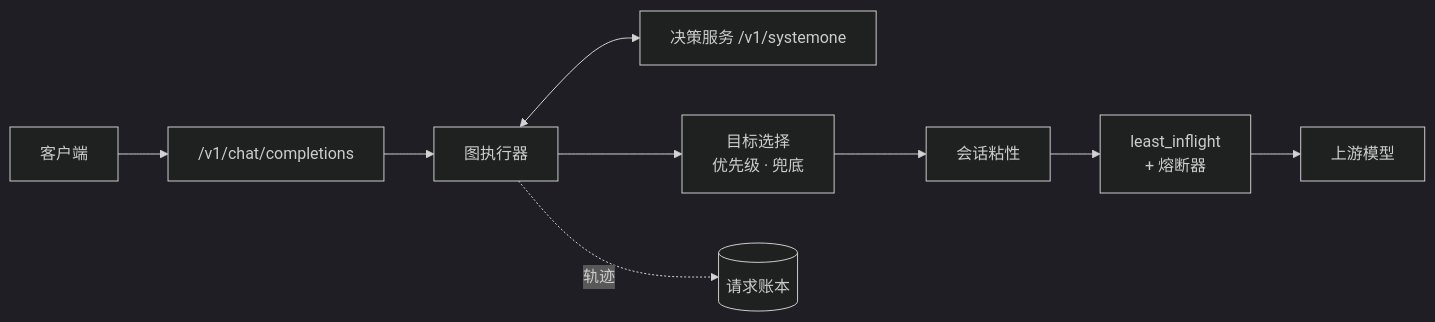
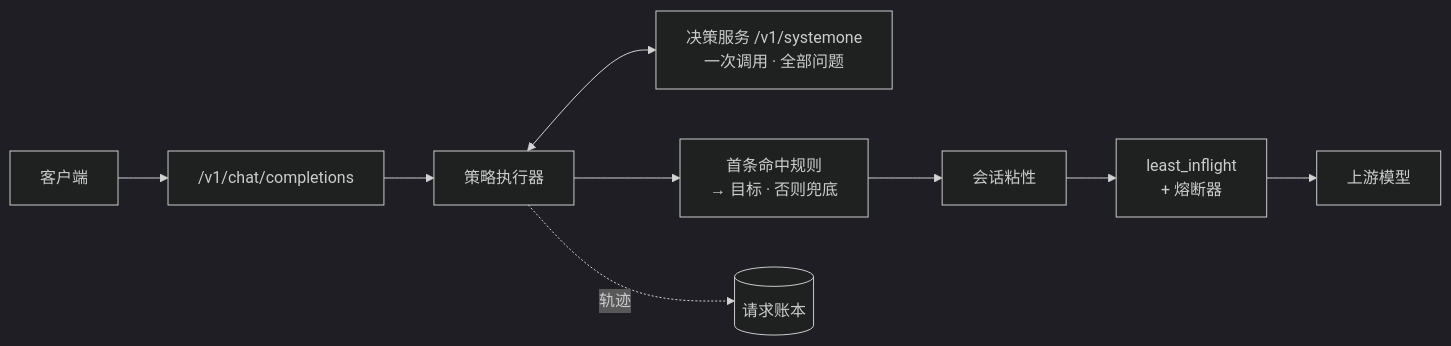
One commit to Wayfinder-one/RoutePilot changed the diagram in README.zh-CN.md. Above: the diagram before and after it, drawn with Mermaid (dark theme). The commit also changed other lines of this file and 62 other files, not shown here.

Commit message:
feat!: replace graph waves with routing policy v4

````diff
--- a/README.zh-CN.md
+++ b/README.zh-CN.md
@@ -26,11 +24,11 @@
 ```mermaid
 flowchart LR
   C[客户端] --> V["/v1/chat/completions"]
-  V --> G[图执行器]
-  G <--> J["决策服务 /v1/systemone"]
-  G --> T["目标选择<br/>优先级 · 兜底"]
+  V --> P[策略执行器]
+  P <--> J["决策服务 /v1/systemone<br/>一次调用 · 全部问题"]
+  P --> T["首条命中规则<br/>→ 目标 · 否则兜底"]
   T --> A[会话粘性]
   A --> L["least_inflight<br/>+ 熔断器"]
   L --> U[上游模型]
-  G -. 轨迹 .-> R[(请求账本)]
+  P -. 轨迹 .-> R[(请求账本)]
 ```
````
